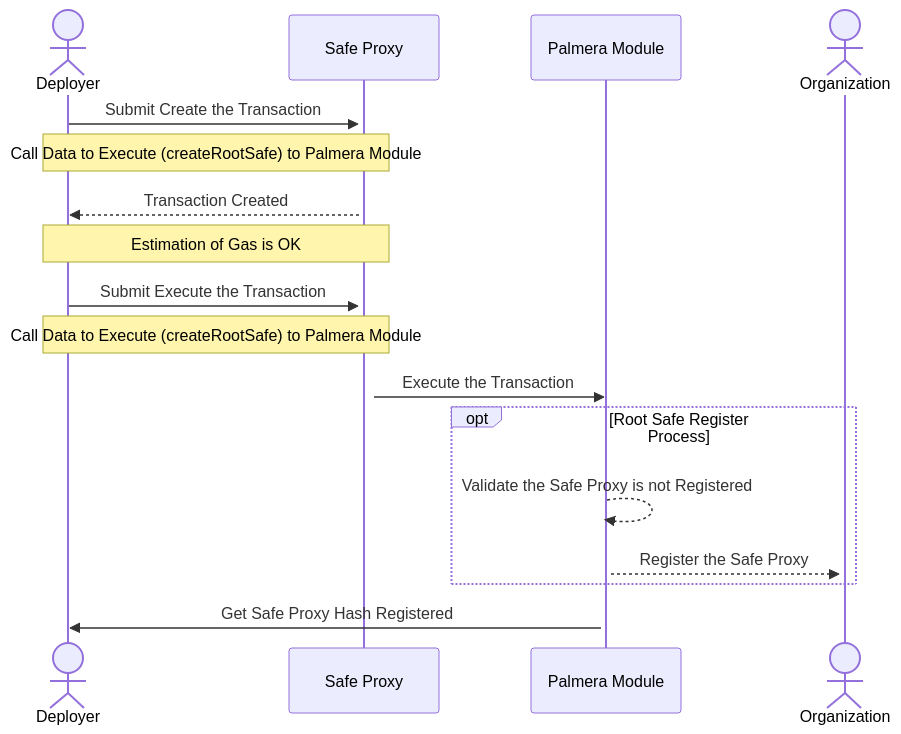
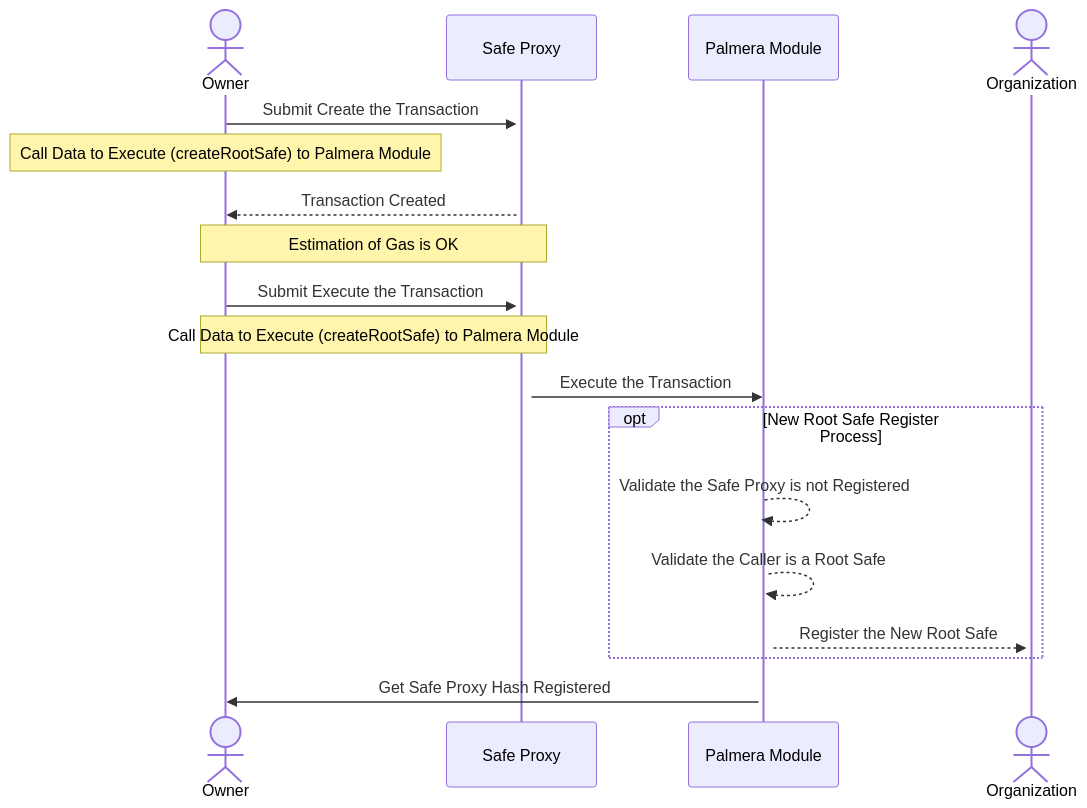
Before and after one commit to keyper-labs/PalmeraModule: the fifth of 8 diagrams in doc/diagram/General Overview of Diagram.md, drawn with Mermaid. The commit also changed other lines of this file, not shown here.

Commit message:
ADD: add more diagrams

````diff
--- a/doc/diagram/General Overview of Diagram.md
+++ b/doc/diagram/General Overview of Diagram.md
@@ -158,20 +159,21 @@
 ```mermaid
 sequenceDiagram
-    actor D as Deployer
+    actor OW as Owner
     participant S as Safe Proxy
-    participant M as Palmera Module
+    participant PM as Palmera Module
     actor O as Organization
 
-    D->>+S: Submit Create the Transaction 
-    Note over D,S: Call Data to Execute (createRootSafe) to Palmera Module
-    S-->>D: Transaction Created
-    Note over D,S: Estimation of Gas is OK
-    D->>+S: Submit Execute the Transaction
-    Note over D,S: Call Data to Execute (createRootSafe) to Palmera Module
-    S->>M: Execute the Transaction
-    opt Root Safe Register Process
-        M-->>+M: Validate the Safe Proxy is not Registered
-        M-->>+O: Register the Safe Proxy
+    OW->>+S: Submit Create the Transaction 
+    Note over OW,OW: Call Data to Execute (createRootSafe) to Palmera Module
+    S-->>OW: Transaction Created
+    Note over OW,S: Estimation of Gas is OK
+    OW->>+S: Submit Execute the Transaction
+    Note over OW,S: Call Data to Execute (createRootSafe) to Palmera Module
+    S->>PM: Execute the Transaction
+    opt New Root Safe Register Process
+        PM-->>+PM: Validate the Safe Proxy is not Registered
+        PM-->>+PM: Validate the Caller is a Root Safe
+        PM-->>+O: Register the New Root Safe
     end
-    M->>D: Get Safe Proxy Hash Registered
+    PM->>OW: Get Safe Proxy Hash Registered
 ```
````
